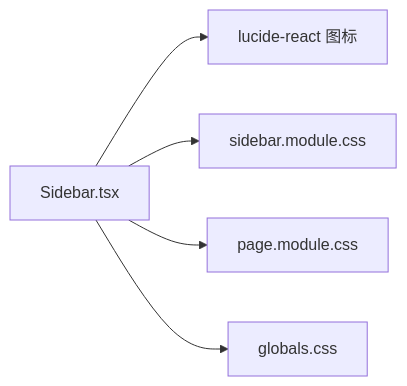
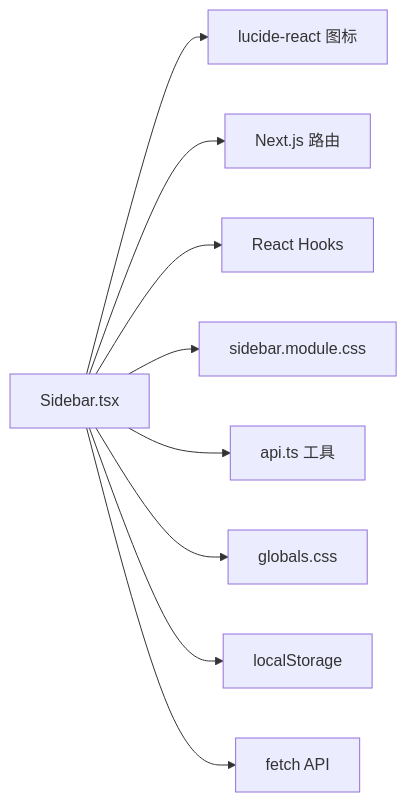
The eighth of 8 diagrams in .qoder/repowiki/zh/content/前端用户界面/Sidebar 侧边栏组件.md (zhangdahai112/LocalManus), drawn with Mermaid before and after one commit. The commit also changed other lines of this file and 4 other files, not shown here.

````diff
--- a/.qoder/repowiki/zh/content/前端用户界面/Sidebar 侧边栏组件.md
+++ b/.qoder/repowiki/zh/content/前端用户界面/Sidebar 侧边栏组件.md
@@ -257,7 +360,11 @@
 ```mermaid
 graph LR
-Sidebar["Sidebar.tsx"] --> Icons["lucide-react 图标"]
+Sidebar["Sidebar.tsx"] --> Lucide["lucide-react 图标"]
+Sidebar --> NextRouter["Next.js 路由"]
+Sidebar --> ReactHooks["React Hooks"]
 Sidebar --> SideCSS["sidebar.module.css"]
-Sidebar --> PageCSS["page.module.css"]
+Sidebar --> ApiUtils["api.ts 工具"]
 Sidebar --> Globals["globals.css"]
+Sidebar --> LocalStorage["localStorage"]
+Sidebar --> FetchAPI["fetch API"]
 ```
````
